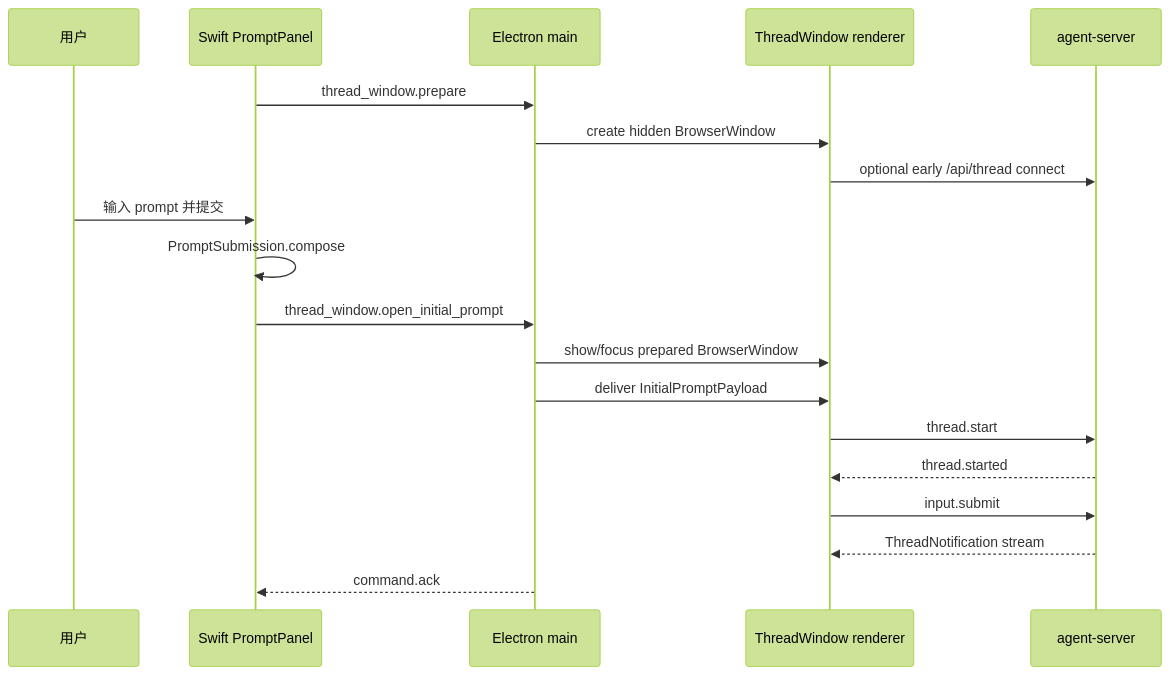
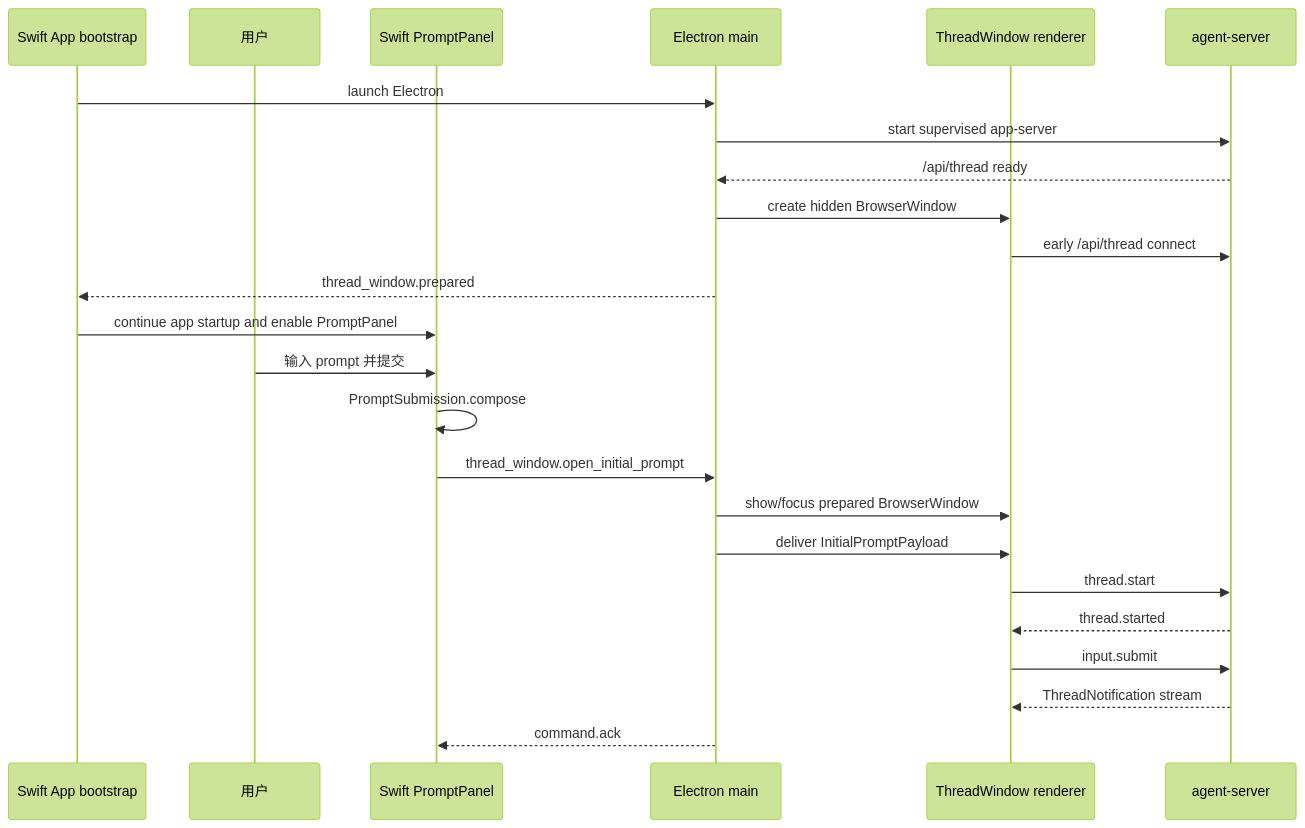
One commit to Lixuhang987/SpotAgent changed the second of 2 diagrams in docs/superpowers/specs/2026-06-08-electron-ui-shell-migration.md. Above: the diagram before and after it, drawn with Mermaid (forest theme). The commit also changed other lines of this file, not shown here.

Commit message:
docs: tighten electron ui shell migration scope

````diff
--- a/docs/superpowers/specs/2026-06-08-electron-ui-shell-migration.md
+++ b/docs/superpowers/specs/2026-06-08-electron-ui-shell-migration.md
@@ -284,22 +283,27 @@
 ```mermaid
 sequenceDiagram
+  participant App as Swift App bootstrap
   participant User as 用户
   participant Swift as Swift PromptPanel
   participant Electron as Electron main
   participant Thread as ThreadWindow renderer
   participant Server as agent-server
 
-  Swift->>Electron: thread_window.prepare
+  App->>Electron: launch Electron
+  Electron->>Server: start supervised app-server
+  Server-->>Electron: /api/thread ready
   Electron->>Thread: create hidden BrowserWindow
-  Thread->>Server: optional early /api/thread connect
+  Thread->>Server: early /api/thread connect
+  Electron-->>App: thread_window.prepared
+  App->>Swift: continue app startup and enable PromptPanel
   User->>Swift: 输入 prompt 并提交
   Swift->>Swift: PromptSubmission.compose
   Swift->>Electron: thread_window.open_initial_prompt
   Electron->>Thread: show/focus prepared BrowserWindow
   Electron->>Thread: deliver InitialPromptPayload
   Thread->>Server: thread.start
   Server-->>Thread: thread.started
   Thread->>Server: input.submit
   Server-->>Thread: ThreadNotification stream
   Electron-->>Swift: command.ack
 ```
````
